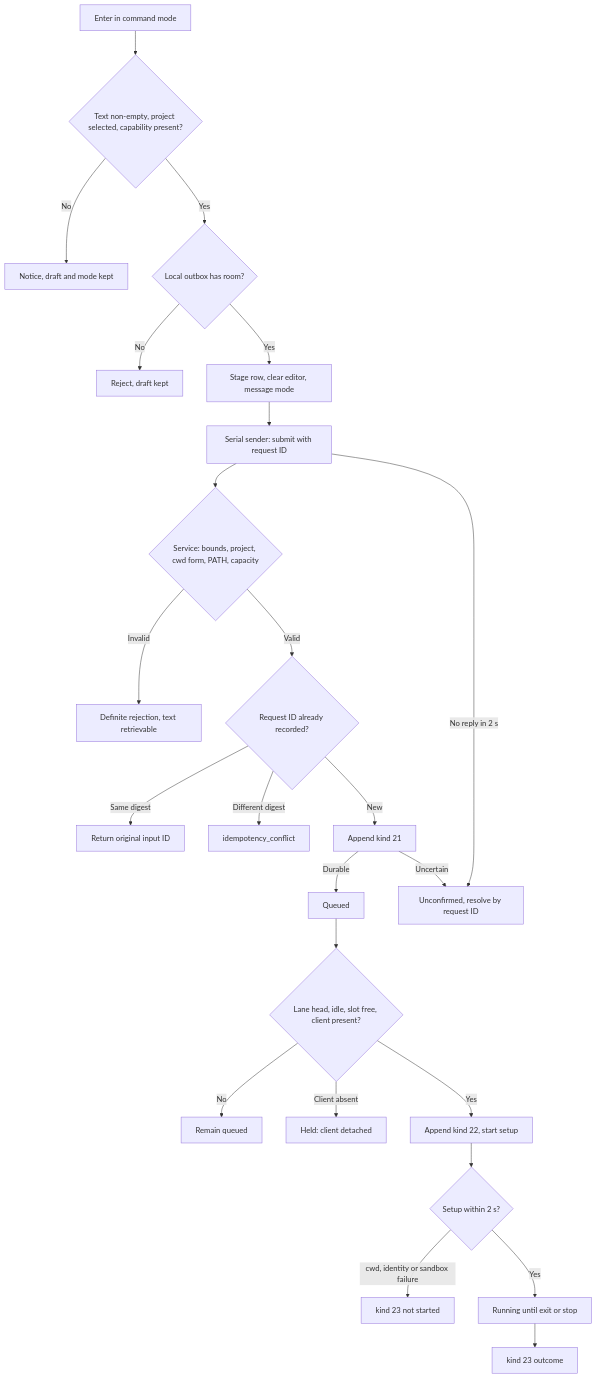
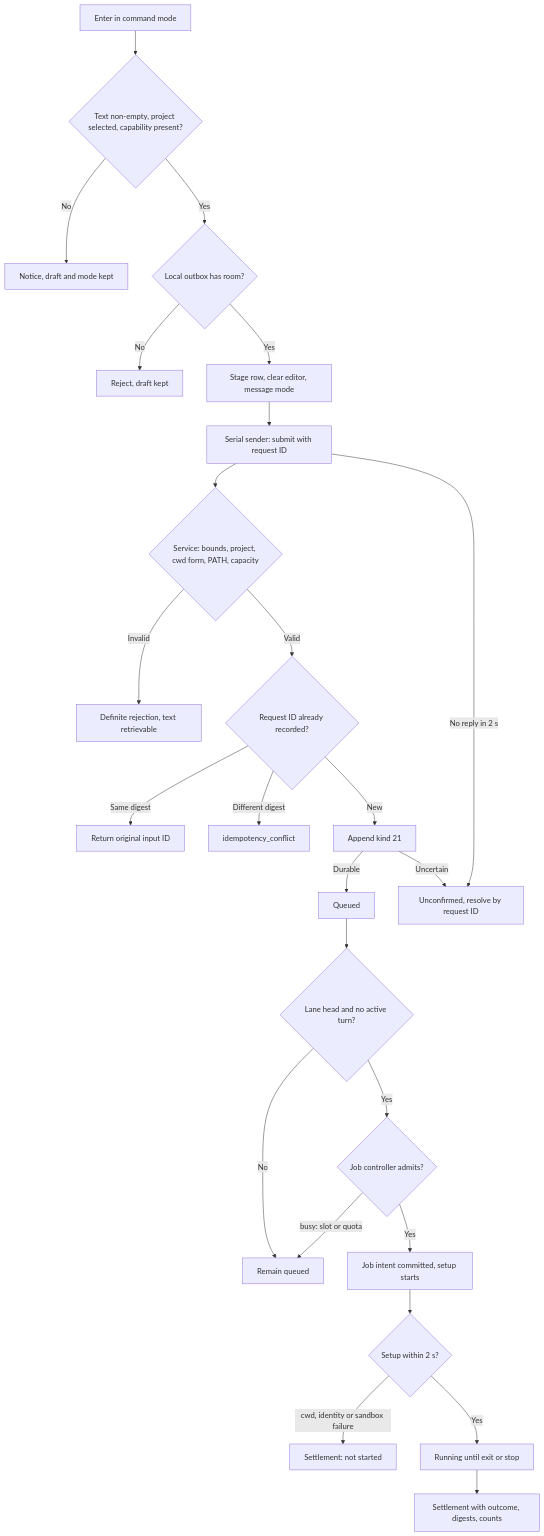
Before and after one commit to pidster/asura: the sixth of 7 diagrams in docs/designs/person-command-mode.md, drawn with Mermaid. The commit also changed other lines of this file and 4 other files, not shown here.

````diff
--- a/docs/designs/person-command-mode.md
+++ b/docs/designs/person-command-mode.md
@@ -683,26 +742,27 @@
 ```mermaid
 flowchart TD
     Enter["Enter in command mode"] --> Local{"Text non-empty, project selected, capability present?"}
     Local -->|No| Notice["Notice, draft and mode kept"]
     Local -->|Yes| Outbox{"Local outbox has room?"}
     Outbox -->|No| Full["Reject, draft kept"]
     Outbox -->|Yes| Stage["Stage row, clear editor, message mode"]
     Stage --> Rpc["Serial sender: submit with request ID"]
     Rpc --> Valid{"Service: bounds, project, cwd form, PATH, capacity"}
     Valid -->|Invalid| Rej["Definite rejection, text retrievable"]
     Valid -->|Valid| Dup{"Request ID already recorded?"}
     Dup -->|Same digest| Same["Return original input ID"]
     Dup -->|Different digest| Conflict["idempotency_conflict"]
     Dup -->|New| Append["Append kind 21"]
     Append -->|Durable| Queued["Queued"]
     Append -->|Uncertain| Unc["Unconfirmed, resolve by request ID"]
     Rpc -->|"No reply in 2 s"| Unc
-    Queued --> Ready{"Lane head, idle, slot free, client present?"}
+    Queued --> Ready{"Lane head and no active turn?"}
     Ready -->|No| Wait["Remain queued"]
-    Ready -->|"Client absent"| Held["Held: client detached"]
-    Ready -->|Yes| Start["Append kind 22, start setup"]
+    Ready -->|Yes| Admit{"Job controller admits?"}
+    Admit -->|"busy: slot or quota"| Wait
+    Admit -->|Yes| Start["Job intent committed, setup starts"]
     Start --> Setup{"Setup within 2 s?"}
-    Setup -->|"cwd, identity or sandbox failure"| NotStarted["kind 23 not started"]
+    Setup -->|"cwd, identity or sandbox failure"| NotStarted["Settlement: not started"]
     Setup -->|Yes| Run["Running until exit or stop"]
-    Run --> Settle["kind 23 outcome"]
+    Run --> Settle["Settlement with outcome, digests, counts"]
 ```
````
